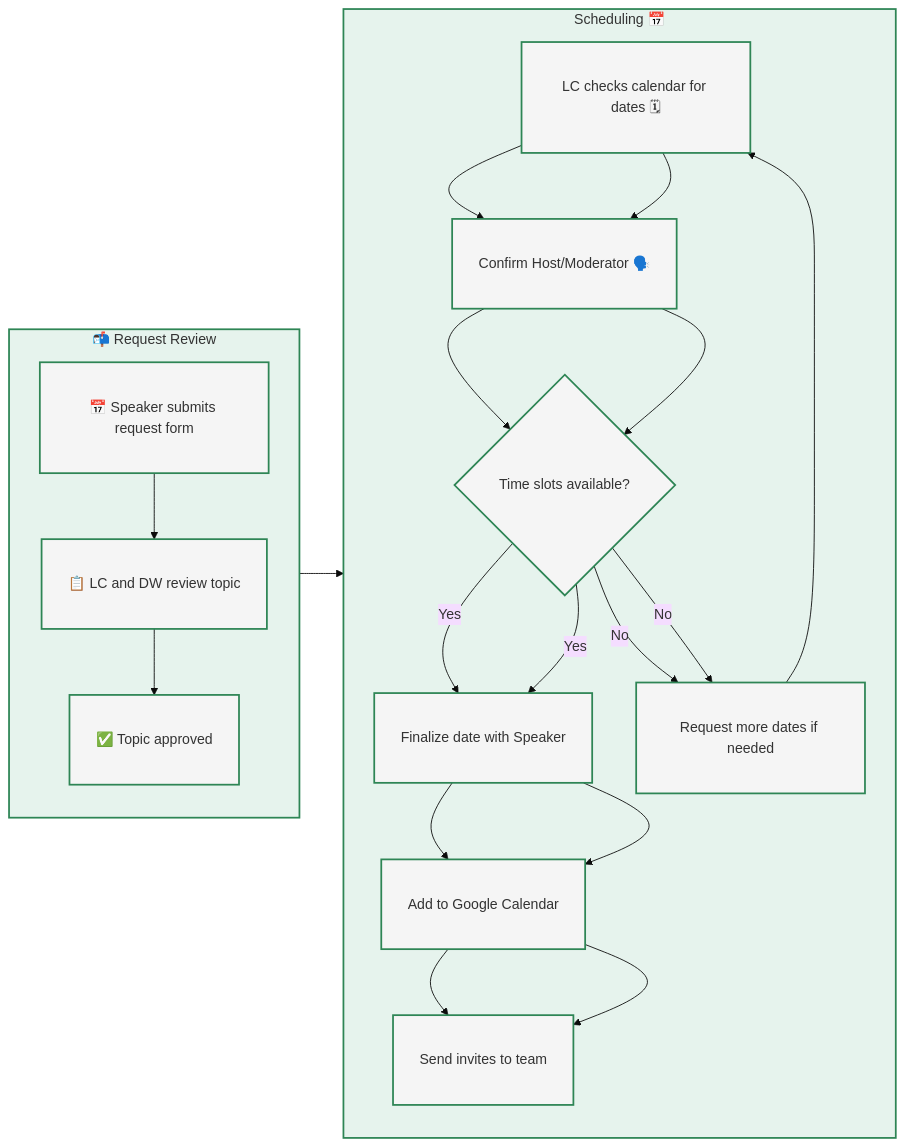
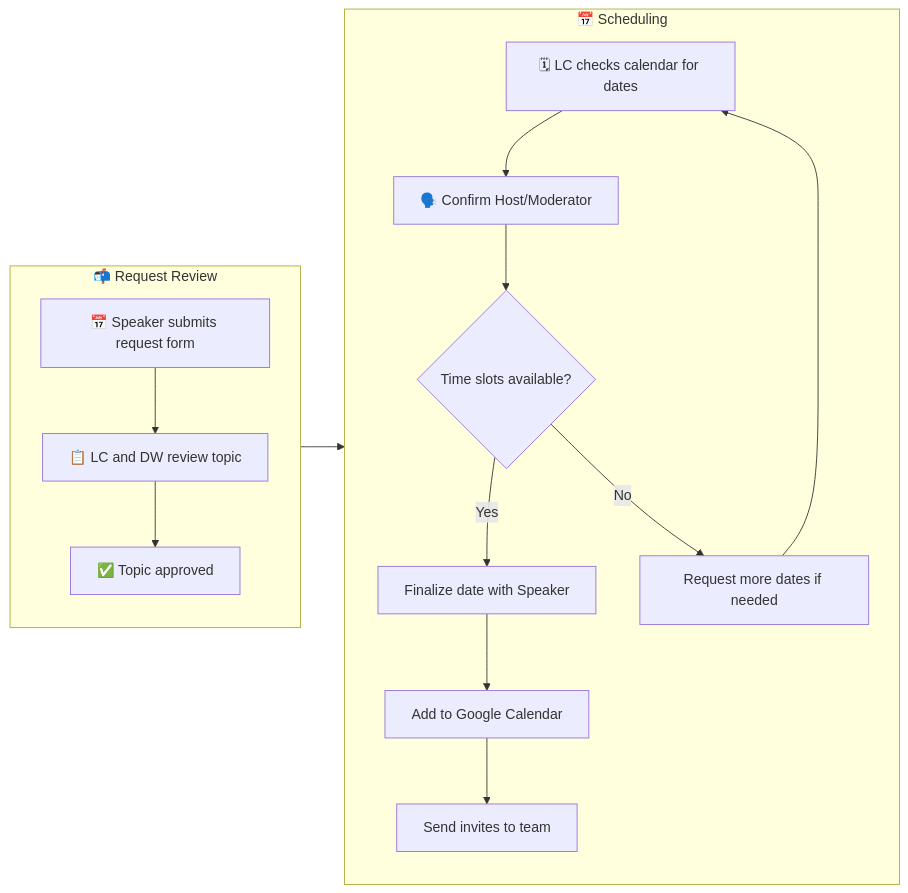
One commit to CBID2/VC-Community-Docs changed the diagram in docs/lunch-and-learns/process-docs.md. Above: the diagram before and after it, drawn with Mermaid. The commit also changed other lines of this file and 5 other files, not shown here.

First line of the commit message:
Restore React 19 and simplify Mermaid diagrams

````diff
--- a/docs/lunch-and-learns/process-docs.md
+++ b/docs/lunch-and-learns/process-docs.md
@@ -81,44 +82,16 @@
 ```mermaid
-%%{init: {'theme':'base', 'themeVariables': {'fontSize':'16px', 'fontFamily':'Arial'}}}%%
 flowchart LR
-  %% Left Column - Request Review
   subgraph A["📬 Request Review"]
     direction TB
-    A1["📅 Speaker submits request form"]
-    A2["📋 LC and DW review topic"]
-    A3["✅ Topic approved"]
-    A1 --> A2 --> A3
+    A1["📅 Speaker submits request form"] --> A2["📋 LC and DW review topic"] --> A3["✅ Topic approved"]
   end
 
-%% Right Column - Scheduling Stage
-subgraph B["Scheduling 📅"]
-direction TB
-B1["LC checks calendar for dates 🗓"]
-B2["Confirm Host/Moderator 🗣️"]
-B3{"Time slots available?"}
-B4["Finalize date with Speaker"]
-B5["Add to Google Calendar"]
-B6["Send invites to team"]
-B7["Request more dates if needed"]
+  subgraph B["📅 Scheduling"]
+    direction TB
+    B1["🗓 LC checks calendar for dates"] --> B2["🗣️ Confirm Host/Moderator"] --> B3{"Time slots available?"}
+    B3 -- Yes --> B4["Finalize date with Speaker"] --> B5["Add to Google Calendar"] --> B6["Send invites to team"]
+    B3 -- No --> B7["Request more dates if needed"] --> B1
+  end
 
-    B1 --> B2 --> B3
-    B3 -->|Yes| B4
-    B3 -->|No| B7
-    B4 --> B5 --> B6
-
-end
-
-%% Connect the two subgraphs
-A3 --> B1
-
-%% Flow within Scheduling
-B1 --> B2 --> B3
-B3 -->|Yes| B4 --> B5 --> B6
-B3 -->|No| B7 --> B1
-
-%% Styling
-classDef default fill:#f5f5f5,stroke:#2e8555,stroke-width:2px,color:#333,padding:10px;
-classDef process fill:#e6f3ed,stroke:#2e8555,stroke-width:2px,color:#333;
-class A,B process;
-
+  A3 --> B1
 ```
````
